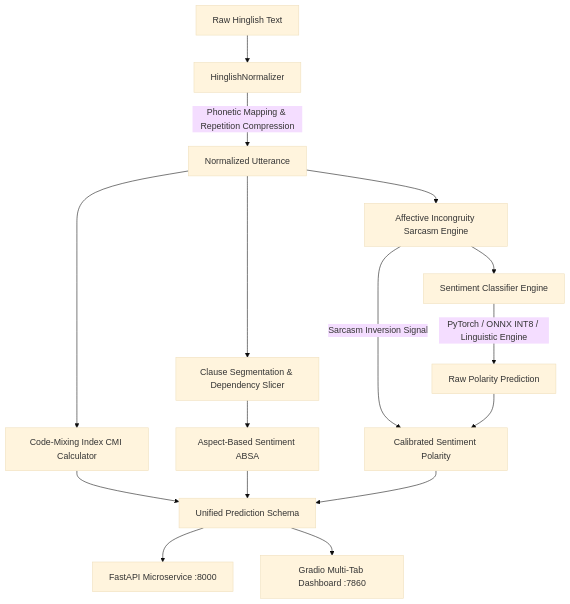
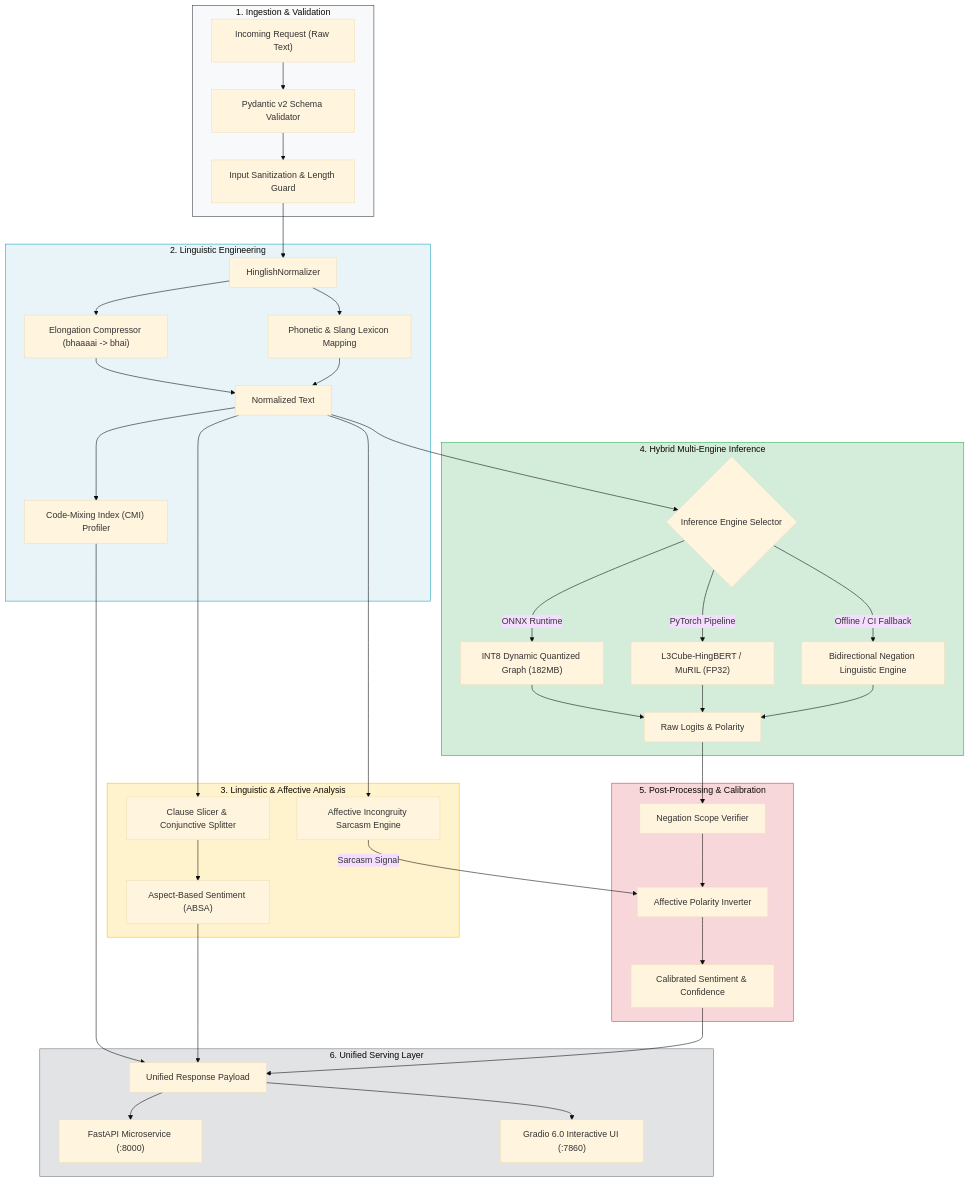
One commit to imshubham22apr-gif/Sentiment-Analysis-ML changed the diagram in README.md. Above: the diagram before and after it, drawn with Mermaid (base theme). The commit also changed other lines of this file and 1 other file, not shown here.

````diff
--- a/README.md
+++ b/README.md
@@ -27,22 +82,54 @@
 ```mermaid
-graph TD
-    A[Raw Hinglish Text] --> B[HinglishNormalizer]
-    B -->|Phonetic Mapping & Repetition Compression| C[Normalized Utterance]
-    C --> D[Code-Mixing Index CMI Calculator]
-    C --> E[Clause Segmentation & Dependency Slicer]
-    C --> F[Affective Incongruity Sarcasm Engine]
-    
-    E --> G[Aspect-Based Sentiment ABSA]
-    F --> H[Sentiment Classifier Engine]
-    
-    H -->|PyTorch / ONNX INT8 / Linguistic Engine| I[Raw Polarity Prediction]
-    F -->|Sarcasm Inversion Signal| J[Calibrated Sentiment Polarity]
-    I --> J
-    
-    D --> K[Unified Prediction Schema]
-    G --> K
-    J --> K
-    
-    K --> L[FastAPI Microservice :8000]
-    K --> M[Gradio Multi-Tab Dashboard :7860]
+flowchart TD
+    subgraph INGESTION["1. Ingestion & Validation"]
+        A["Incoming Request (Raw Text)"] --> B["Pydantic v2 Schema Validator"]
+        B --> C["Input Sanitization & Length Guard"]
+    end
+
+    subgraph PREPROCESSING["2. Linguistic Engineering"]
+        C --> D["HinglishNormalizer"]
+        D --> D1["Elongation Compressor (bhaaaai -> bhai)"]
+        D --> D2["Phonetic & Slang Lexicon Mapping"]
+        D1 --> E["Normalized Text"]
+        D2 --> E
+        E --> F["Code-Mixing Index (CMI) Profiler"]
+    end
+
+    subgraph MULTI_TASK["3. Linguistic & Affective Analysis"]
+        E --> G["Clause Slicer & Conjunctive Splitter"]
+        G --> H["Aspect-Based Sentiment (ABSA)"]
+        E --> I["Affective Incongruity Sarcasm Engine"]
+    end
+
+    subgraph INFERENCE["4. Hybrid Multi-Engine Inference"]
+        E --> J{"Inference Engine Selector"}
+        J -->|ONNX Runtime| K["INT8 Dynamic Quantized Graph (182MB)"]
+        J -->|PyTorch Pipeline| L["L3Cube-HingBERT / MuRIL (FP32)"]
+        J -->|Offline / CI Fallback| M["Bidirectional Negation Linguistic Engine"]
+        K --> N["Raw Logits & Polarity"]
+        L --> N
+        M --> N
+    end
+
+    subgraph CALIBRATION["5. Post-Processing & Calibration"]
+        N --> O["Negation Scope Verifier"]
+        I -->|Sarcasm Signal| P["Affective Polarity Inverter"]
+        O --> P
+        P --> Q["Calibrated Sentiment & Confidence"]
+    end
+
+    subgraph SERVING["6. Unified Serving Layer"]
+        F --> R["Unified Response Payload"]
+        H --> R
+        Q --> R
+        R --> S["FastAPI Microservice (:8000)"]
+        R --> T["Gradio 6.0 Interactive UI (:7860)"]
+    end
+
+    style INGESTION fill:#f8f9fa,stroke:#343a40,stroke-width:1px
+    style PREPROCESSING fill:#e8f4f8,stroke:#17a2b8,stroke-width:1px
+    style MULTI_TASK fill:#fff3cd,stroke:#ffc107,stroke-width:1px
+    style INFERENCE fill:#d4edda,stroke:#28a745,stroke-width:1px
+    style CALIBRATION fill:#f8d7da,stroke:#dc3545,stroke-width:1px
+    style SERVING fill:#e2e3e5,stroke:#6c757d,stroke-width:1px
 ```
````
